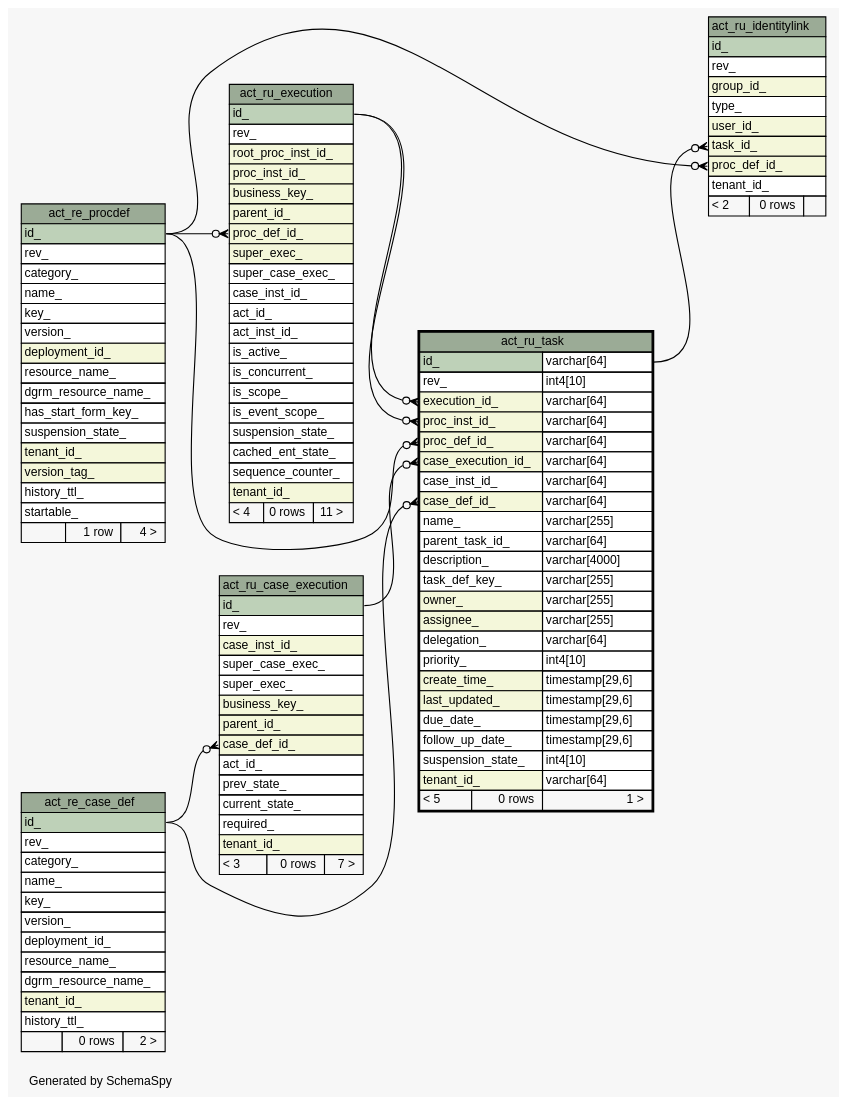
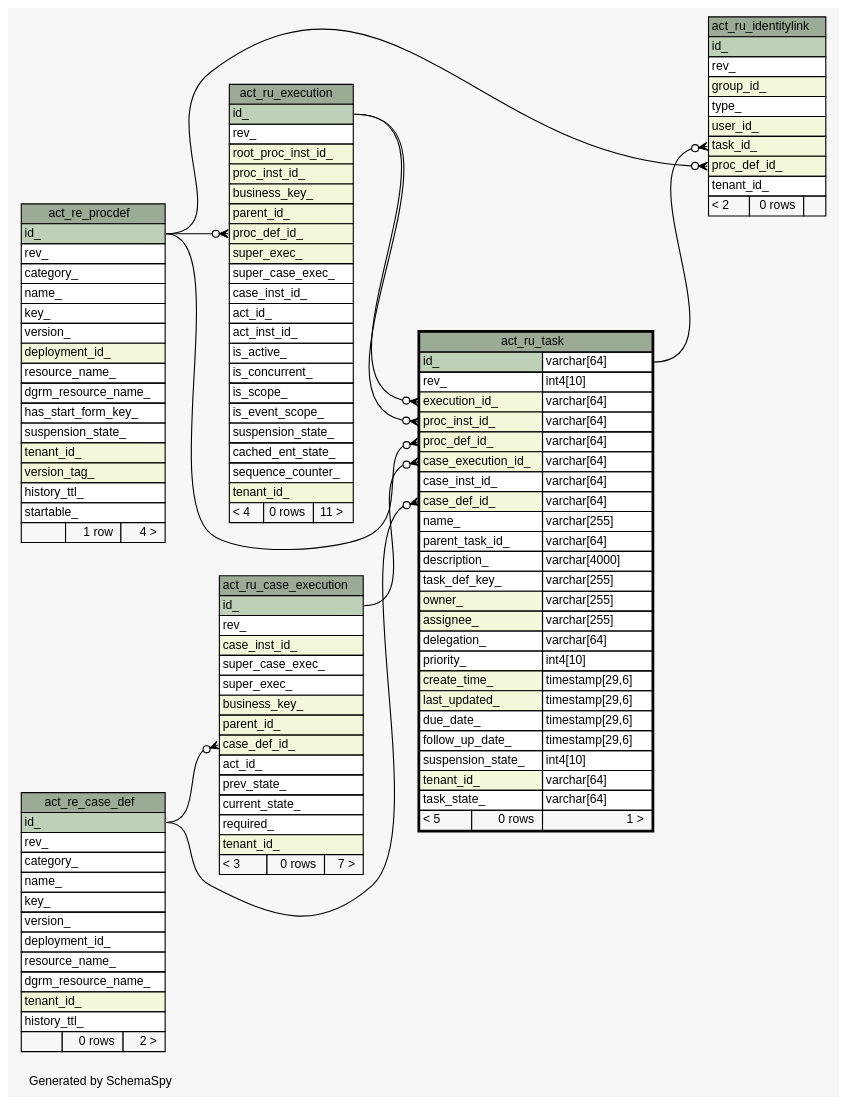
One commit to openwms/org.openwms.tms.routing.lib changed the diagram in 2.0.0-SNAPSHOT/schemaspy/diagrams/act_ru_task.1degree.dot. Above: the diagram before and after it, drawn with Graphviz. The commit also changed 614 other files, not shown here.

```diff
--- a/2.0.0-SNAPSHOT/schemaspy/diagrams/act_ru_task.1degree.dot
+++ b/2.0.0-SNAPSHOT/schemaspy/diagrams/act_ru_task.1degree.dot
@@ -1,174 +1,175 @@
 // dot 2.43.0 on Linux 6.5.0-1025-azure
 // SchemaSpy rev Unknown
 digraph "oneDegreeRelationshipsDiagram" {
   graph [
     rankdir="RL"
     bgcolor="#f7f7f7"
     label="\nGenerated by SchemaSpy"
     labeljust="l"
     nodesep="0.18"
     ranksep="0.46"
     fontname="Helvetica"
     fontsize="11"
   ];
   node [
     fontname="Helvetica"
     fontsize="11"
     shape="plaintext"
   ];
   edge [
     arrowsize="0.8"
   ];
   "act_ru_case_execution":"case_def_id_":w -> "act_re_case_def":"id_":e [arrowhead=none dir=back arrowtail=crowodot];
   "act_ru_execution":"proc_def_id_":w -> "act_re_procdef":"id_":e [arrowhead=none dir=back arrowtail=crowodot];
   "act_ru_identitylink":"proc_def_id_":w -> "act_re_procdef":"id_":e [arrowhead=none dir=back arrowtail=crowodot];
   "act_ru_identitylink":"task_id_":w -> "act_ru_task":"id_.type":e [arrowhead=none dir=back arrowtail=crowodot];
   "act_ru_task":"case_def_id_":w -> "act_re_case_def":"id_":e [arrowhead=none dir=back arrowtail=crowodot];
   "act_ru_task":"case_execution_id_":w -> "act_ru_case_execution":"id_":e [arrowhead=none dir=back arrowtail=crowodot];
   "act_ru_task":"execution_id_":w -> "act_ru_execution":"id_":e [arrowhead=none dir=back arrowtail=crowodot];
   "act_ru_task":"proc_def_id_":w -> "act_re_procdef":"id_":e [arrowhead=none dir=back arrowtail=crowodot];
   "act_ru_task":"proc_inst_id_":w -> "act_ru_execution":"id_":e [arrowhead=none dir=back arrowtail=crowodot];
   "act_re_case_def" [
     label=<
     <TABLE BORDER="0" CELLBORDER="1" CELLSPACING="0" BGCOLOR="#ffffff">
       <TR><TD COLSPAN="3" BGCOLOR="#9bab96" ALIGN="CENTER">act_re_case_def</TD></TR>
       <TR><TD PORT="id_" COLSPAN="3" BGCOLOR="#bed1b8" ALIGN="LEFT">id_</TD></TR>
       <TR><TD PORT="rev_" COLSPAN="3" ALIGN="LEFT">rev_</TD></TR>
       <TR><TD PORT="category_" COLSPAN="3" ALIGN="LEFT">category_</TD></TR>
       <TR><TD PORT="name_" COLSPAN="3" ALIGN="LEFT">name_</TD></TR>
       <TR><TD PORT="key_" COLSPAN="3" ALIGN="LEFT">key_</TD></TR>
       <TR><TD PORT="version_" COLSPAN="3" ALIGN="LEFT">version_</TD></TR>
       <TR><TD PORT="deployment_id_" COLSPAN="3" ALIGN="LEFT">deployment_id_</TD></TR>
       <TR><TD PORT="resource_name_" COLSPAN="3" ALIGN="LEFT">resource_name_</TD></TR>
       <TR><TD PORT="dgrm_resource_name_" COLSPAN="3" ALIGN="LEFT">dgrm_resource_name_</TD></TR>
       <TR><TD PORT="tenant_id_" COLSPAN="3" BGCOLOR="#f4f7da" ALIGN="LEFT">tenant_id_</TD></TR>
       <TR><TD PORT="history_ttl_" COLSPAN="3" ALIGN="LEFT">history_ttl_</TD></TR>
       <TR><TD ALIGN="LEFT" BGCOLOR="#f7f7f7">  </TD><TD ALIGN="RIGHT" BGCOLOR="#f7f7f7">0 rows</TD><TD ALIGN="RIGHT" BGCOLOR="#f7f7f7">2 &gt;</TD></TR>
     </TABLE>>
     URL="act_re_case_def.html"
     tooltip="act_re_case_def"
   ];
   "act_re_procdef" [
     label=<
     <TABLE BORDER="0" CELLBORDER="1" CELLSPACING="0" BGCOLOR="#ffffff">
       <TR><TD COLSPAN="3" BGCOLOR="#9bab96" ALIGN="CENTER">act_re_procdef</TD></TR>
       <TR><TD PORT="id_" COLSPAN="3" BGCOLOR="#bed1b8" ALIGN="LEFT">id_</TD></TR>
       <TR><TD PORT="rev_" COLSPAN="3" ALIGN="LEFT">rev_</TD></TR>
       <TR><TD PORT="category_" COLSPAN="3" ALIGN="LEFT">category_</TD></TR>
       <TR><TD PORT="name_" COLSPAN="3" ALIGN="LEFT">name_</TD></TR>
       <TR><TD PORT="key_" COLSPAN="3" ALIGN="LEFT">key_</TD></TR>
       <TR><TD PORT="version_" COLSPAN="3" ALIGN="LEFT">version_</TD></TR>
       <TR><TD PORT="deployment_id_" COLSPAN="3" BGCOLOR="#f4f7da" ALIGN="LEFT">deployment_id_</TD></TR>
       <TR><TD PORT="resource_name_" COLSPAN="3" ALIGN="LEFT">resource_name_</TD></TR>
       <TR><TD PORT="dgrm_resource_name_" COLSPAN="3" ALIGN="LEFT">dgrm_resource_name_</TD></TR>
       <TR><TD PORT="has_start_form_key_" COLSPAN="3" ALIGN="LEFT">has_start_form_key_</TD></TR>
       <TR><TD PORT="suspension_state_" COLSPAN="3" ALIGN="LEFT">suspension_state_</TD></TR>
       <TR><TD PORT="tenant_id_" COLSPAN="3" BGCOLOR="#f4f7da" ALIGN="LEFT">tenant_id_</TD></TR>
       <TR><TD PORT="version_tag_" COLSPAN="3" BGCOLOR="#f4f7da" ALIGN="LEFT">version_tag_</TD></TR>
       <TR><TD PORT="history_ttl_" COLSPAN="3" ALIGN="LEFT">history_ttl_</TD></TR>
       <TR><TD PORT="startable_" COLSPAN="3" ALIGN="LEFT">startable_</TD></TR>
       <TR><TD ALIGN="LEFT" BGCOLOR="#f7f7f7">  </TD><TD ALIGN="RIGHT" BGCOLOR="#f7f7f7">1 row</TD><TD ALIGN="RIGHT" BGCOLOR="#f7f7f7">4 &gt;</TD></TR>
     </TABLE>>
     URL="act_re_procdef.html"
     tooltip="act_re_procdef"
   ];
   "act_ru_case_execution" [
     label=<
     <TABLE BORDER="0" CELLBORDER="1" CELLSPACING="0" BGCOLOR="#ffffff">
       <TR><TD COLSPAN="3" BGCOLOR="#9bab96" ALIGN="CENTER">act_ru_case_execution</TD></TR>
       <TR><TD PORT="id_" COLSPAN="3" BGCOLOR="#bed1b8" ALIGN="LEFT">id_</TD></TR>
       <TR><TD PORT="rev_" COLSPAN="3" ALIGN="LEFT">rev_</TD></TR>
       <TR><TD PORT="case_inst_id_" COLSPAN="3" BGCOLOR="#f4f7da" ALIGN="LEFT">case_inst_id_</TD></TR>
       <TR><TD PORT="super_case_exec_" COLSPAN="3" ALIGN="LEFT">super_case_exec_</TD></TR>
       <TR><TD PORT="super_exec_" COLSPAN="3" ALIGN="LEFT">super_exec_</TD></TR>
       <TR><TD PORT="business_key_" COLSPAN="3" BGCOLOR="#f4f7da" ALIGN="LEFT">business_key_</TD></TR>
       <TR><TD PORT="parent_id_" COLSPAN="3" BGCOLOR="#f4f7da" ALIGN="LEFT">parent_id_</TD></TR>
       <TR><TD PORT="case_def_id_" COLSPAN="3" BGCOLOR="#f4f7da" ALIGN="LEFT">case_def_id_</TD></TR>
       <TR><TD PORT="act_id_" COLSPAN="3" ALIGN="LEFT">act_id_</TD></TR>
       <TR><TD PORT="prev_state_" COLSPAN="3" ALIGN="LEFT">prev_state_</TD></TR>
       <TR><TD PORT="current_state_" COLSPAN="3" ALIGN="LEFT">current_state_</TD></TR>
       <TR><TD PORT="required_" COLSPAN="3" ALIGN="LEFT">required_</TD></TR>
       <TR><TD PORT="tenant_id_" COLSPAN="3" BGCOLOR="#f4f7da" ALIGN="LEFT">tenant_id_</TD></TR>
       <TR><TD ALIGN="LEFT" BGCOLOR="#f7f7f7">&lt; 3</TD><TD ALIGN="RIGHT" BGCOLOR="#f7f7f7">0 rows</TD><TD ALIGN="RIGHT" BGCOLOR="#f7f7f7">7 &gt;</TD></TR>
     </TABLE>>
     URL="act_ru_case_execution.html"
     tooltip="act_ru_case_execution"
   ];
   "act_ru_execution" [
     label=<
     <TABLE BORDER="0" CELLBORDER="1" CELLSPACING="0" BGCOLOR="#ffffff">
       <TR><TD COLSPAN="3" BGCOLOR="#9bab96" ALIGN="CENTER">act_ru_execution</TD></TR>
       <TR><TD PORT="id_" COLSPAN="3" BGCOLOR="#bed1b8" ALIGN="LEFT">id_</TD></TR>
       <TR><TD PORT="rev_" COLSPAN="3" ALIGN="LEFT">rev_</TD></TR>
       <TR><TD PORT="root_proc_inst_id_" COLSPAN="3" BGCOLOR="#f4f7da" ALIGN="LEFT">root_proc_inst_id_</TD></TR>
       <TR><TD PORT="proc_inst_id_" COLSPAN="3" BGCOLOR="#f4f7da" ALIGN="LEFT">proc_inst_id_</TD></TR>
       <TR><TD PORT="business_key_" COLSPAN="3" BGCOLOR="#f4f7da" ALIGN="LEFT">business_key_</TD></TR>
       <TR><TD PORT="parent_id_" COLSPAN="3" BGCOLOR="#f4f7da" ALIGN="LEFT">parent_id_</TD></TR>
       <TR><TD PORT="proc_def_id_" COLSPAN="3" BGCOLOR="#f4f7da" ALIGN="LEFT">proc_def_id_</TD></TR>
       <TR><TD PORT="super_exec_" COLSPAN="3" BGCOLOR="#f4f7da" ALIGN="LEFT">super_exec_</TD></TR>
       <TR><TD PORT="super_case_exec_" COLSPAN="3" ALIGN="LEFT">super_case_exec_</TD></TR>
       <TR><TD PORT="case_inst_id_" COLSPAN="3" ALIGN="LEFT">case_inst_id_</TD></TR>
       <TR><TD PORT="act_id_" COLSPAN="3" ALIGN="LEFT">act_id_</TD></TR>
       <TR><TD PORT="act_inst_id_" COLSPAN="3" ALIGN="LEFT">act_inst_id_</TD></TR>
       <TR><TD PORT="is_active_" COLSPAN="3" ALIGN="LEFT">is_active_</TD></TR>
       <TR><TD PORT="is_concurrent_" COLSPAN="3" ALIGN="LEFT">is_concurrent_</TD></TR>
       <TR><TD PORT="is_scope_" COLSPAN="3" ALIGN="LEFT">is_scope_</TD></TR>
       <TR><TD PORT="is_event_scope_" COLSPAN="3" ALIGN="LEFT">is_event_scope_</TD></TR>
       <TR><TD PORT="suspension_state_" COLSPAN="3" ALIGN="LEFT">suspension_state_</TD></TR>
       <TR><TD PORT="cached_ent_state_" COLSPAN="3" ALIGN="LEFT">cached_ent_state_</TD></TR>
       <TR><TD PORT="sequence_counter_" COLSPAN="3" ALIGN="LEFT">sequence_counter_</TD></TR>
       <TR><TD PORT="tenant_id_" COLSPAN="3" BGCOLOR="#f4f7da" ALIGN="LEFT">tenant_id_</TD></TR>
       <TR><TD ALIGN="LEFT" BGCOLOR="#f7f7f7">&lt; 4</TD><TD ALIGN="RIGHT" BGCOLOR="#f7f7f7">0 rows</TD><TD ALIGN="RIGHT" BGCOLOR="#f7f7f7">11 &gt;</TD></TR>
     </TABLE>>
     URL="act_ru_execution.html"
     tooltip="act_ru_execution"
   ];
   "act_ru_identitylink" [
     label=<
     <TABLE BORDER="0" CELLBORDER="1" CELLSPACING="0" BGCOLOR="#ffffff">
       <TR><TD COLSPAN="3" BGCOLOR="#9bab96" ALIGN="CENTER">act_ru_identitylink</TD></TR>
       <TR><TD PORT="id_" COLSPAN="3" BGCOLOR="#bed1b8" ALIGN="LEFT">id_</TD></TR>
       <TR><TD PORT="rev_" COLSPAN="3" ALIGN="LEFT">rev_</TD></TR>
       <TR><TD PORT="group_id_" COLSPAN="3" BGCOLOR="#f4f7da" ALIGN="LEFT">group_id_</TD></TR>
       <TR><TD PORT="type_" COLSPAN="3" ALIGN="LEFT">type_</TD></TR>
       <TR><TD PORT="user_id_" COLSPAN="3" BGCOLOR="#f4f7da" ALIGN="LEFT">user_id_</TD></TR>
       <TR><TD PORT="task_id_" COLSPAN="3" BGCOLOR="#f4f7da" ALIGN="LEFT">task_id_</TD></TR>
       <TR><TD PORT="proc_def_id_" COLSPAN="3" BGCOLOR="#f4f7da" ALIGN="LEFT">proc_def_id_</TD></TR>
       <TR><TD PORT="tenant_id_" COLSPAN="3" ALIGN="LEFT">tenant_id_</TD></TR>
       <TR><TD ALIGN="LEFT" BGCOLOR="#f7f7f7">&lt; 2</TD><TD ALIGN="RIGHT" BGCOLOR="#f7f7f7">0 rows</TD><TD ALIGN="RIGHT" BGCOLOR="#f7f7f7">  </TD></TR>
     </TABLE>>
     URL="act_ru_identitylink.html"
     tooltip="act_ru_identitylink"
   ];
   "act_ru_task" [
     label=<
     <TABLE BORDER="2" CELLBORDER="1" CELLSPACING="0" BGCOLOR="#ffffff">
       <TR><TD COLSPAN="3" BGCOLOR="#9bab96" ALIGN="CENTER">act_ru_task</TD></TR>
       <TR><TD PORT="id_" COLSPAN="2" BGCOLOR="#bed1b8" ALIGN="LEFT">id_</TD><TD PORT="id_.type" ALIGN="LEFT">varchar[64]</TD></TR>
       <TR><TD PORT="rev_" COLSPAN="2" ALIGN="LEFT">rev_</TD><TD PORT="rev_.type" ALIGN="LEFT">int4[10]</TD></TR>
       <TR><TD PORT="execution_id_" COLSPAN="2" BGCOLOR="#f4f7da" ALIGN="LEFT">execution_id_</TD><TD PORT="execution_id_.type" ALIGN="LEFT">varchar[64]</TD></TR>
       <TR><TD PORT="proc_inst_id_" COLSPAN="2" BGCOLOR="#f4f7da" ALIGN="LEFT">proc_inst_id_</TD><TD PORT="proc_inst_id_.type" ALIGN="LEFT">varchar[64]</TD></TR>
       <TR><TD PORT="proc_def_id_" COLSPAN="2" BGCOLOR="#f4f7da" ALIGN="LEFT">proc_def_id_</TD><TD PORT="proc_def_id_.type" ALIGN="LEFT">varchar[64]</TD></TR>
       <TR><TD PORT="case_execution_id_" COLSPAN="2" BGCOLOR="#f4f7da" ALIGN="LEFT">case_execution_id_</TD><TD PORT="case_execution_id_.type" ALIGN="LEFT">varchar[64]</TD></TR>
       <TR><TD PORT="case_inst_id_" COLSPAN="2" ALIGN="LEFT">case_inst_id_</TD><TD PORT="case_inst_id_.type" ALIGN="LEFT">varchar[64]</TD></TR>
       <TR><TD PORT="case_def_id_" COLSPAN="2" BGCOLOR="#f4f7da" ALIGN="LEFT">case_def_id_</TD><TD PORT="case_def_id_.type" ALIGN="LEFT">varchar[64]</TD></TR>
       <TR><TD PORT="name_" COLSPAN="2" ALIGN="LEFT">name_</TD><TD PORT="name_.type" ALIGN="LEFT">varchar[255]</TD></TR>
       <TR><TD PORT="parent_task_id_" COLSPAN="2" ALIGN="LEFT">parent_task_id_</TD><TD PORT="parent_task_id_.type" ALIGN="LEFT">varchar[64]</TD></TR>
       <TR><TD PORT="description_" COLSPAN="2" ALIGN="LEFT">description_</TD><TD PORT="description_.type" ALIGN="LEFT">varchar[4000]</TD></TR>
       <TR><TD PORT="task_def_key_" COLSPAN="2" ALIGN="LEFT">task_def_key_</TD><TD PORT="task_def_key_.type" ALIGN="LEFT">varchar[255]</TD></TR>
       <TR><TD PORT="owner_" COLSPAN="2" BGCOLOR="#f4f7da" ALIGN="LEFT">owner_</TD><TD PORT="owner_.type" ALIGN="LEFT">varchar[255]</TD></TR>
       <TR><TD PORT="assignee_" COLSPAN="2" BGCOLOR="#f4f7da" ALIGN="LEFT">assignee_</TD><TD PORT="assignee_.type" ALIGN="LEFT">varchar[255]</TD></TR>
       <TR><TD PORT="delegation_" COLSPAN="2" ALIGN="LEFT">delegation_</TD><TD PORT="delegation_.type" ALIGN="LEFT">varchar[64]</TD></TR>
       <TR><TD PORT="priority_" COLSPAN="2" ALIGN="LEFT">priority_</TD><TD PORT="priority_.type" ALIGN="LEFT">int4[10]</TD></TR>
       <TR><TD PORT="create_time_" COLSPAN="2" BGCOLOR="#f4f7da" ALIGN="LEFT">create_time_</TD><TD PORT="create_time_.type" ALIGN="LEFT">timestamp[29,6]</TD></TR>
       <TR><TD PORT="last_updated_" COLSPAN="2" BGCOLOR="#f4f7da" ALIGN="LEFT">last_updated_</TD><TD PORT="last_updated_.type" ALIGN="LEFT">timestamp[29,6]</TD></TR>
       <TR><TD PORT="due_date_" COLSPAN="2" ALIGN="LEFT">due_date_</TD><TD PORT="due_date_.type" ALIGN="LEFT">timestamp[29,6]</TD></TR>
       <TR><TD PORT="follow_up_date_" COLSPAN="2" ALIGN="LEFT">follow_up_date_</TD><TD PORT="follow_up_date_.type" ALIGN="LEFT">timestamp[29,6]</TD></TR>
       <TR><TD PORT="suspension_state_" COLSPAN="2" ALIGN="LEFT">suspension_state_</TD><TD PORT="suspension_state_.type" ALIGN="LEFT">int4[10]</TD></TR>
       <TR><TD PORT="tenant_id_" COLSPAN="2" BGCOLOR="#f4f7da" ALIGN="LEFT">tenant_id_</TD><TD PORT="tenant_id_.type" ALIGN="LEFT">varchar[64]</TD></TR>
+      <TR><TD PORT="task_state_" COLSPAN="2" ALIGN="LEFT">task_state_</TD><TD PORT="task_state_.type" ALIGN="LEFT">varchar[64]</TD></TR>
       <TR><TD ALIGN="LEFT" BGCOLOR="#f7f7f7">&lt; 5</TD><TD ALIGN="RIGHT" BGCOLOR="#f7f7f7">0 rows</TD><TD ALIGN="RIGHT" BGCOLOR="#f7f7f7">1 &gt;</TD></TR>
     </TABLE>>
     URL="act_ru_task.html"
     tooltip="act_ru_task"
   ];
 }
```
